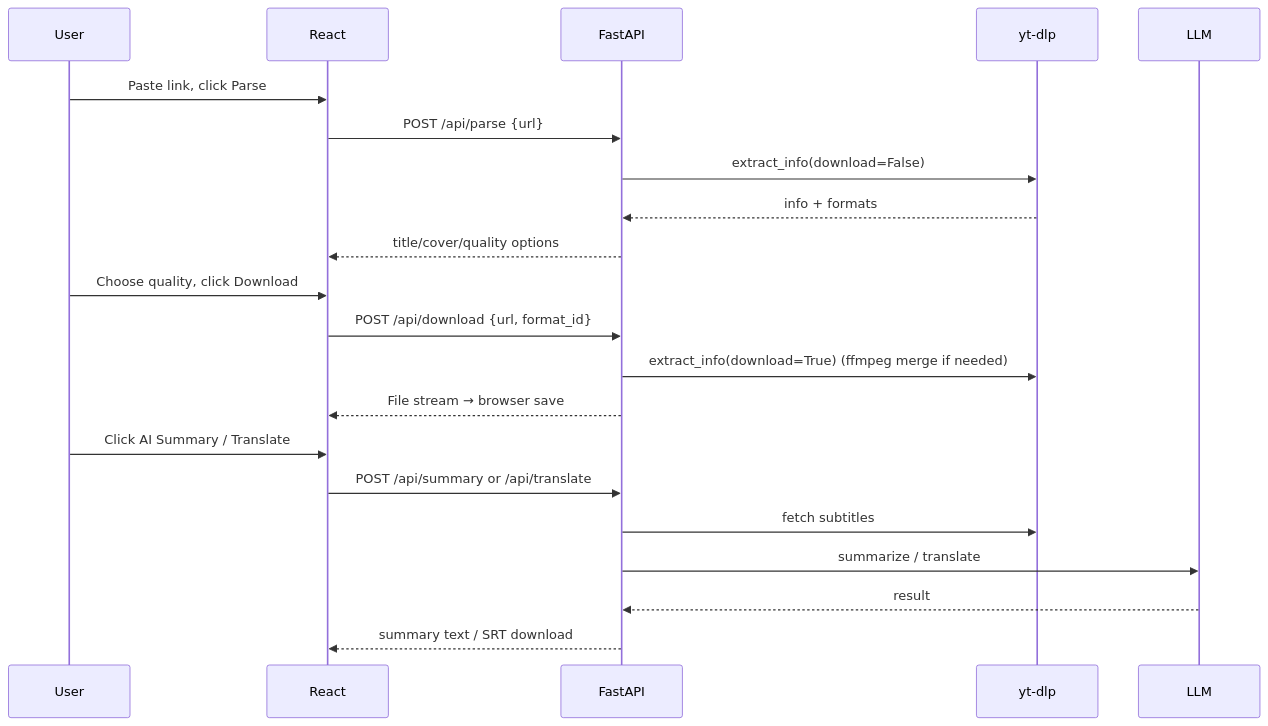
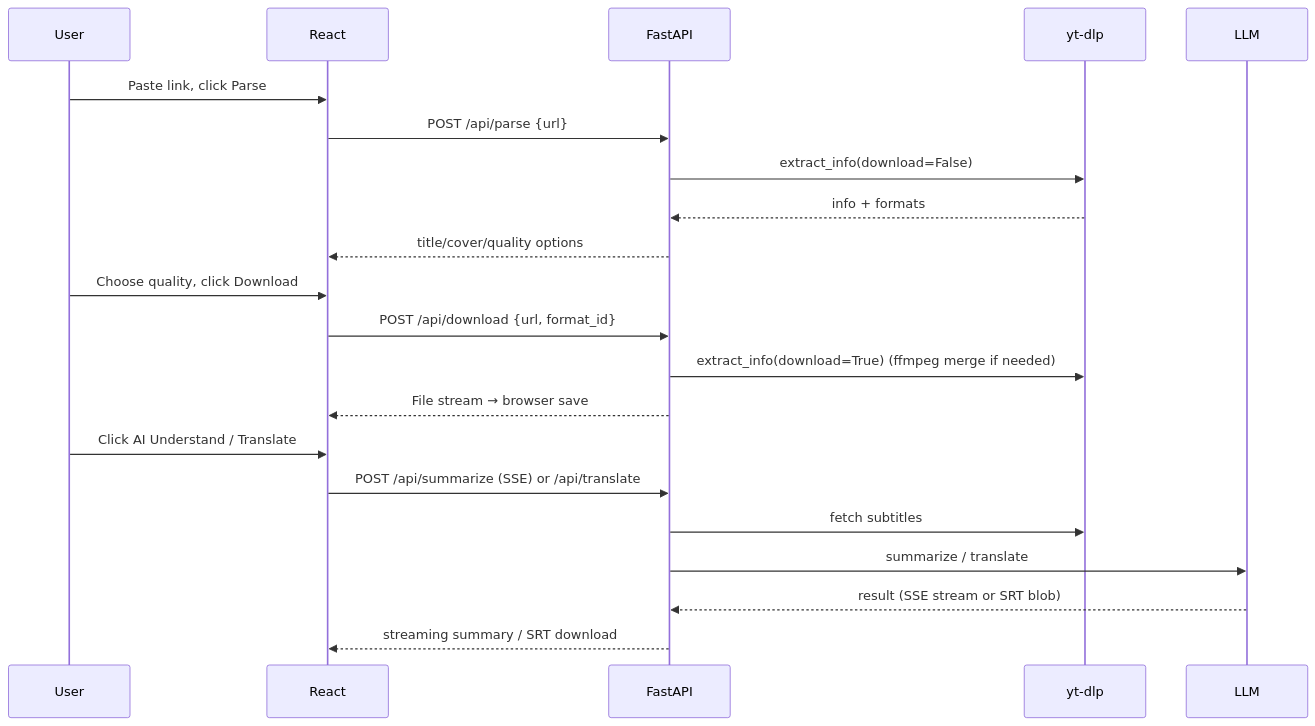
Before and after one commit to lawrence900613/Video-Analysis-Assistant: the second of 2 diagrams in docs/02-design-document.md, drawn with Mermaid. The commit also changed other lines of this file and 56 other files, not shown here.

````diff
--- a/docs/02-design-document.md
+++ b/docs/02-design-document.md
@@ -115,24 +117,24 @@
 ```mermaid
 sequenceDiagram
   participant U as User
   participant FE as React
   participant BE as FastAPI
   participant Y as yt-dlp
   participant L as LLM
 
   U->>FE: Paste link, click Parse
   FE->>BE: POST /api/parse {url}
   BE->>Y: extract_info(download=False)
   Y-->>BE: info + formats
   BE-->>FE: title/cover/quality options
   U->>FE: Choose quality, click Download
   FE->>BE: POST /api/download {url, format_id}
   BE->>Y: extract_info(download=True) (ffmpeg merge if needed)
   BE-->>FE: File stream → browser save
-  U->>FE: Click AI Summary / Translate
-  FE->>BE: POST /api/summary or /api/translate
+  U->>FE: Click AI Understand / Translate
+  FE->>BE: POST /api/summarize (SSE) or /api/translate
   BE->>Y: fetch subtitles
   BE->>L: summarize / translate
-  L-->>BE: result
-  BE-->>FE: summary text / SRT download
+  L-->>BE: result (SSE stream or SRT blob)
+  BE-->>FE: streaming summary / SRT download
 ```
````
